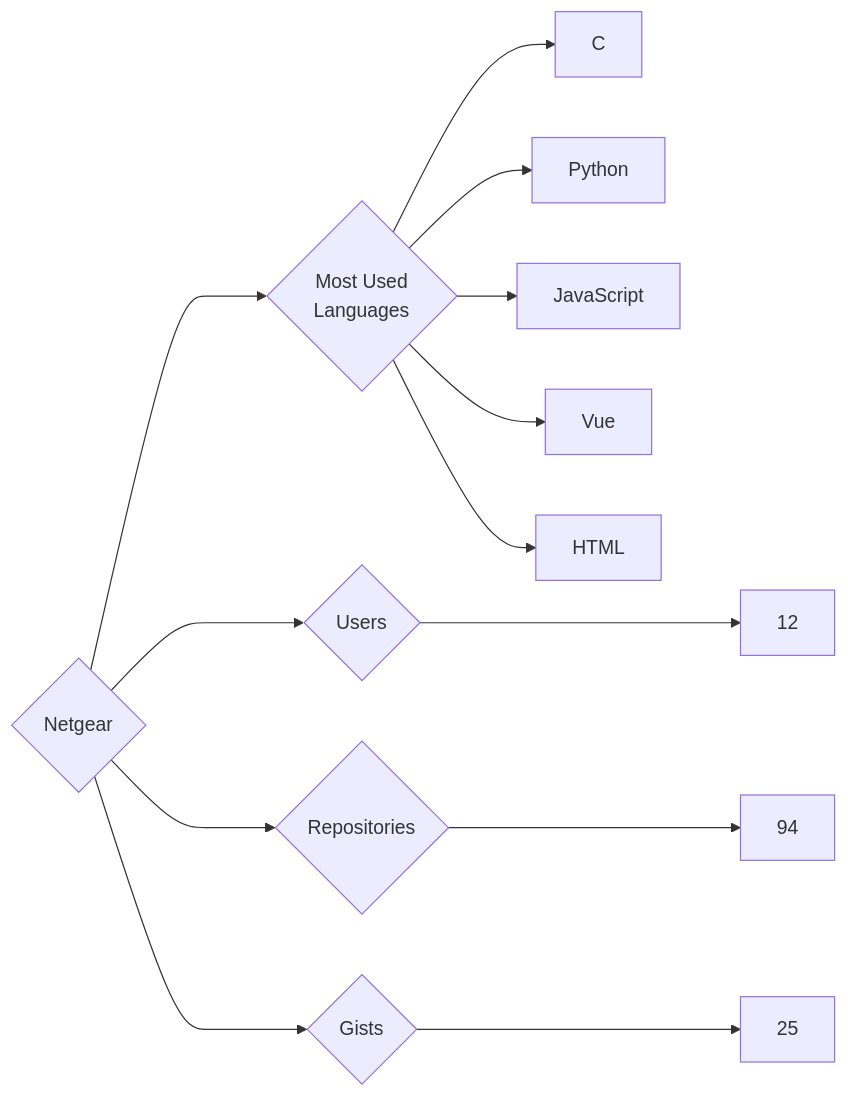
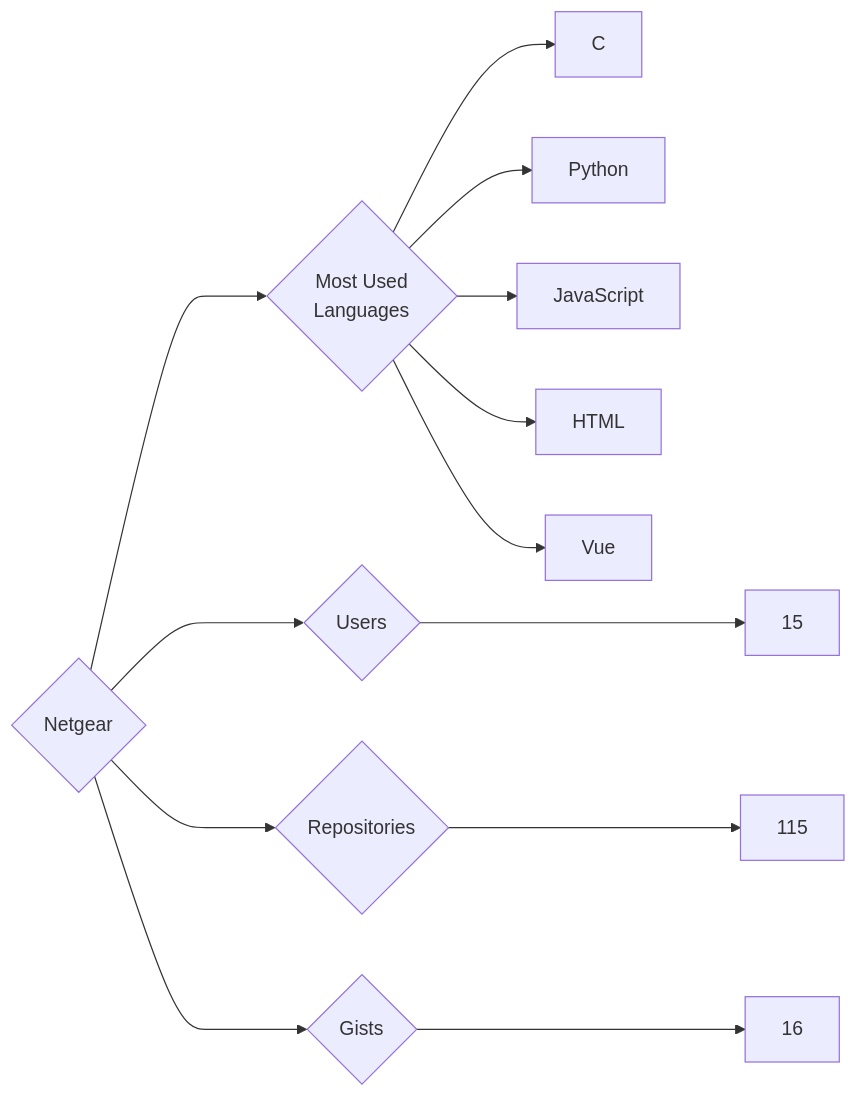
One commit to trickest/insiders changed the diagram in targets/Netgear/README.md. Above: the diagram before and after it, drawn with Mermaid. The commit also changed 796 other files, not shown here.

````diff
--- a/targets/Netgear/README.md
+++ b/targets/Netgear/README.md
@@ -3,13 +3,13 @@
 ```mermaid
 graph LR
 COMPANY_NAME{Netgear}
-COMPANY_NAME ---> U{Users} ---> UN[12]
-COMPANY_NAME ---> R{Repositories} ---> RN[94]
-COMPANY_NAME ---> G{Gists} ---> GN[25]
+COMPANY_NAME ---> U{Users} ---> UN[15]
+COMPANY_NAME ---> R{Repositories} ---> RN[115]
+COMPANY_NAME ---> G{Gists} ---> GN[16]
 COMPANY_NAME ---> ML{Most Used<br>Languages}
 ML --> C[C]
 ML --> Python[Python]
 ML --> JavaScript[JavaScript]
+ML --> HTML[HTML]
 ML --> Vue[Vue]
-ML --> HTML[HTML]
 ```
````
